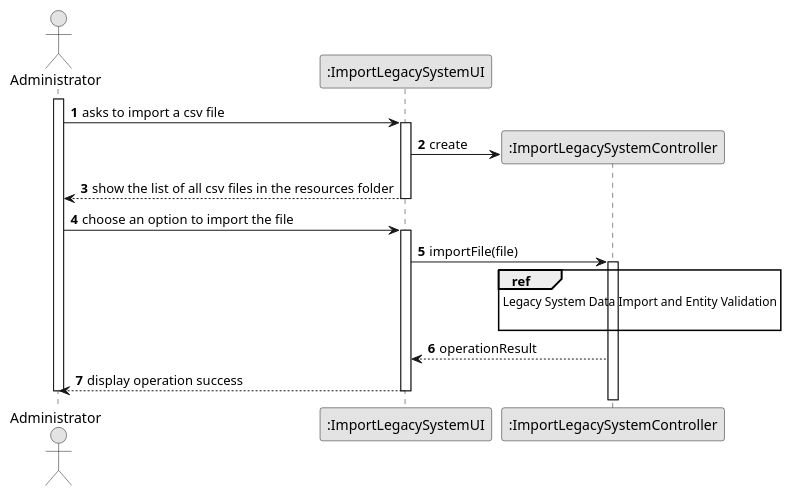
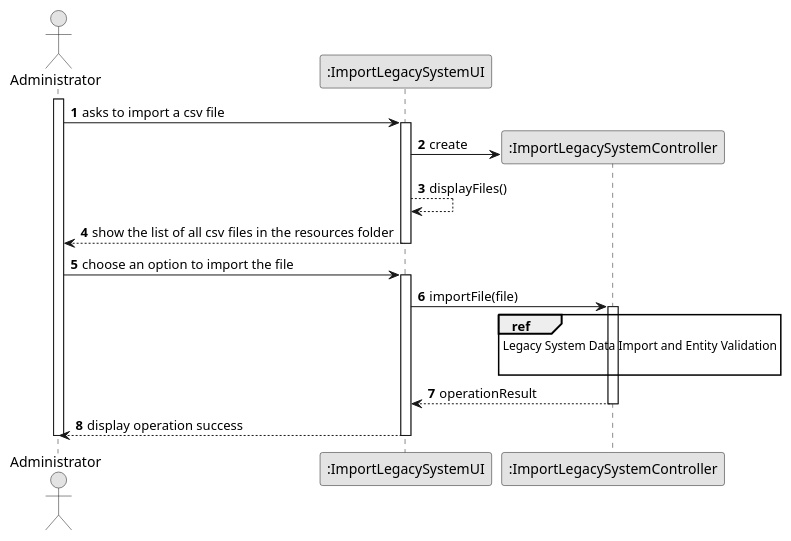
Before and after one commit to Shushizinho/RealEstateUSASystem: the diagram in docs/sprintD/us012/03.design/puml/us012-sequence-diagram-split.puml, drawn with PlantUML. The commit also changed 10 other files, not shown here.

```diff
--- a/docs/sprintD/us012/03.design/puml/us012-sequence-diagram-split.puml
+++ b/docs/sprintD/us012/03.design/puml/us012-sequence-diagram-split.puml
@@ -1,41 +1,45 @@
 @startuml
 skinparam monochrome true
 skinparam packageStyle rectangle
 skinparam shadowing false
 
 autonumber
 
 'hide footbox
 actor "Administrator" as ADM
 participant ":ImportLegacySystemUI" as UI
 participant ":ImportLegacySystemController" as CTRL
 
 activate ADM
 ADM -> UI : asks to import a csv file
 activate UI
 
 UI-> CTRL** : create
 'ref over CTRL
 '    Get List of CSV Files
 'end ref
+
+UI --> UI : displayFiles()
+
 UI --> ADM : show the list of all csv files in the resources folder
+
 deactivate UI
 
 ADM -> UI : choose an option to import the file
 activate UI
 
 UI -> CTRL : importFile(file)
 activate CTRL
 
 ref over CTRL
     Legacy System Data Import and Entity Validation
 
 end ref
 
 CTRL --> UI: operationResult
-
+deactivate CTRL
 UI --> ADM : display operation success
 deactivate UI
 
 deactivate ADM
 @enduml
```
